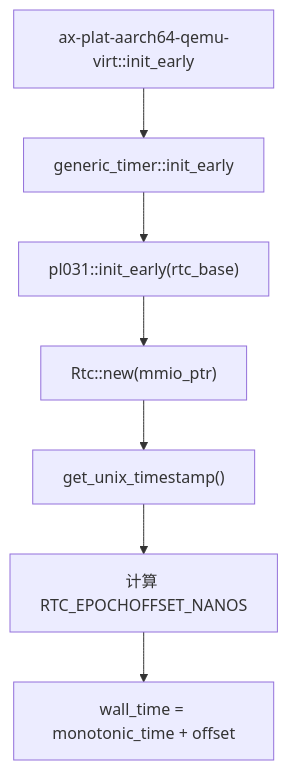
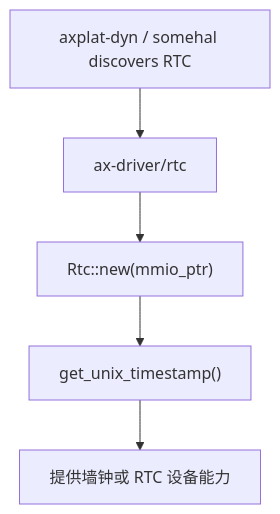
The first of 3 diagrams in docs/docs/components/crates/ax-arm-pl031.md (rcore-os/tgoskits), drawn with Mermaid before and after one commit. The commit also changed other lines of this file and 151 other files, not shown here.

````diff
--- a/docs/docs/components/crates/ax-arm-pl031.md
+++ b/docs/docs/components/crates/ax-arm-pl031.md
@@ -44,9 +44,7 @@
 ```mermaid
 flowchart TD
-    A["ax-plat-aarch64-qemu-virt::init_early"] --> B["generic_timer::init_early"]
-    B --> C["pl031::init_early(rtc_base)"]
-    C --> D["Rtc::new(mmio_ptr)"]
-    D --> E["get_unix_timestamp()"]
-    E --> F["计算 RTC_EPOCHOFFSET_NANOS"]
-    F --> G["wall_time = monotonic_time + offset"]
+    A["axplat-dyn / somehal discovers RTC"] --> B["ax-driver/rtc"]
+    B --> C["Rtc::new(mmio_ptr)"]
+    C --> D["get_unix_timestamp()"]
+    D --> E["提供墙钟或 RTC 设备能力"]
 ```
````
